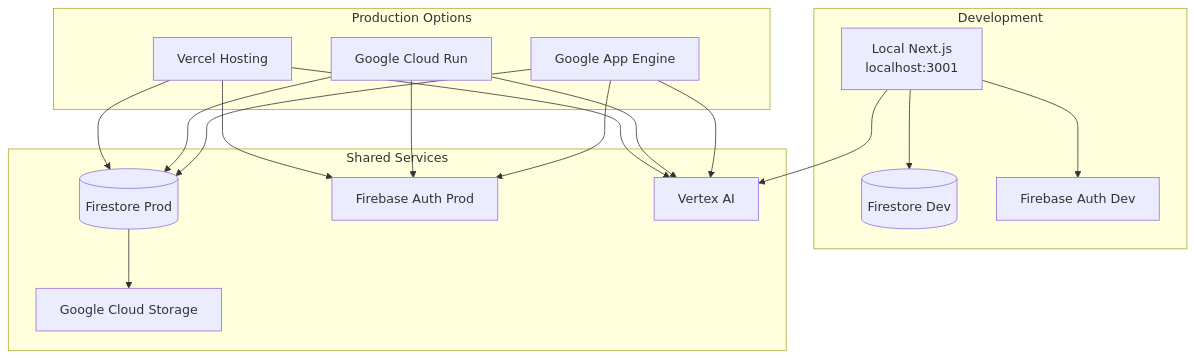
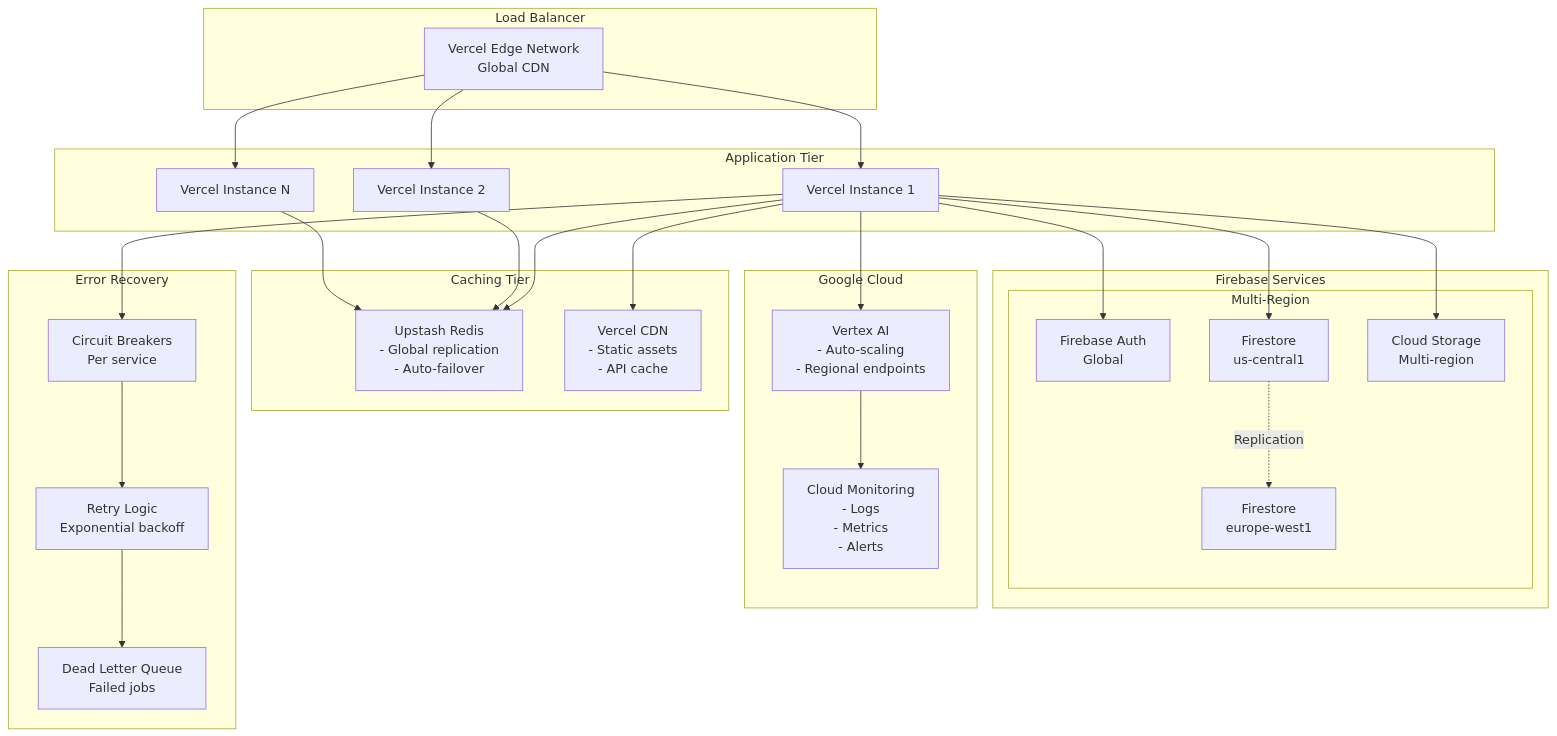
Before and after one commit to welshofer/phoenix-web: the tenth of 11 diagrams in MERMAID.md, drawn with Mermaid. The commit also changed other lines of this file and 57 other files, not shown here.

````diff
--- a/MERMAID.md
+++ b/MERMAID.md
@@ -363,39 +532,60 @@
 ```mermaid
 graph TB
-    subgraph "Development"
-        Local[Local Next.js<br/>localhost:3001]
-        DevDB[(Firestore Dev)]
-        DevAuth[Firebase Auth Dev]
+    subgraph "Load Balancer"
+        LB[Vercel Edge Network<br/>Global CDN]
     end
     
-    subgraph "Production Options"
-        Vercel[Vercel Hosting]
-        GCR[Google Cloud Run]
-        GAE[Google App Engine]
+    subgraph "Application Tier"
+        V1[Vercel Instance 1]
+        V2[Vercel Instance 2]
+        V3[Vercel Instance N]
     end
     
-    subgraph "Shared Services"
-        ProdDB[(Firestore Prod)]
-        ProdAuth[Firebase Auth Prod]
-        VAI[Vertex AI]
-        GCS[Google Cloud Storage]
+    subgraph "Caching Tier"
+        REDIS[Upstash Redis<br/>- Global replication<br/>- Auto-failover]
+        CDN[Vercel CDN<br/>- Static assets<br/>- API cache]
     end
     
-    Local --> DevDB
-    Local --> DevAuth
-    Local --> VAI
+    subgraph "Firebase Services"
+        subgraph "Multi-Region"
+            AUTH[Firebase Auth<br/>Global]
+            FS1[Firestore<br/>us-central1]
+            FS2[Firestore<br/>europe-west1]
+            ST[Cloud Storage<br/>Multi-region]
+        end
+    end
     
-    Vercel --> ProdDB
-    Vercel --> ProdAuth
-    Vercel --> VAI
+    subgraph "Google Cloud"
+        VAI[Vertex AI<br/>- Auto-scaling<br/>- Regional endpoints]
+        MON[Cloud Monitoring<br/>- Logs<br/>- Metrics<br/>- Alerts]
+    end
     
-    GCR --> ProdDB
-    GCR --> ProdAuth
-    GCR --> VAI
+    subgraph "Error Recovery"
+        CB[Circuit Breakers<br/>Per service]
+        DLQ[Dead Letter Queue<br/>Failed jobs]
+        RETRY[Retry Logic<br/>Exponential backoff]
+    end
     
-    GAE --> ProdDB
-    GAE --> ProdAuth
-    GAE --> VAI
+    LB --> V1
+    LB --> V2
+    LB --> V3
     
-    ProdDB --> GCS
+    V1 --> REDIS
+    V2 --> REDIS
+    V3 --> REDIS
+    
+    V1 --> CDN
+    
+    V1 --> AUTH
+    V1 --> FS1
+    V1 --> ST
+    
+    FS1 -.->|Replication| FS2
+    
+    V1 --> VAI
+    VAI --> MON
+    
+    V1 --> CB
+    CB --> RETRY
+    RETRY --> DLQ
 ```
````
